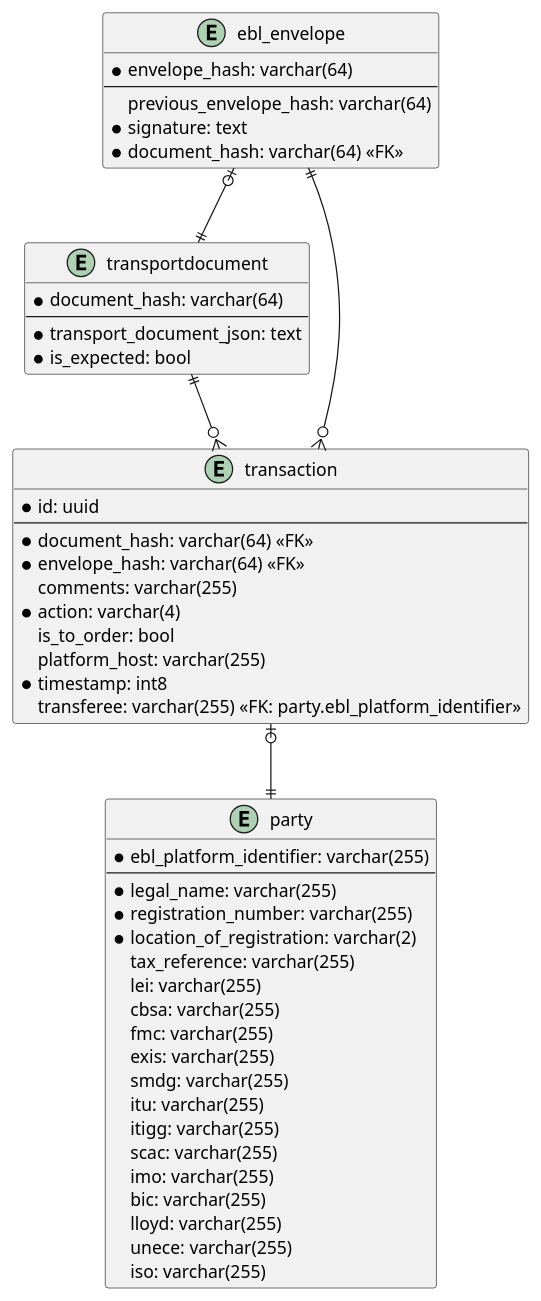
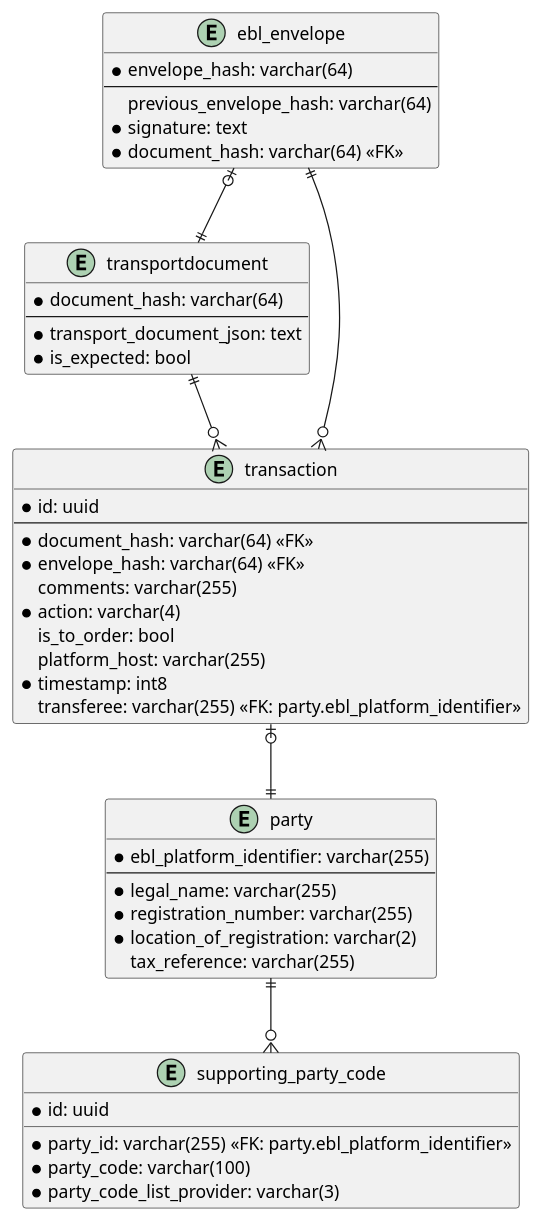
Before and after one commit to dcsaorg/DCSA-EBL-Envelope: the diagram in specifications/plantuml/datamodel.puml, drawn with PlantUML.

Commit message:
Revise datamodel.puml

```diff
--- a/specifications/plantuml/datamodel.puml
+++ b/specifications/plantuml/datamodel.puml
@@ -1,57 +1,52 @@
 @startuml
   entity transportdocument {
     *document_hash: varchar(64)
     --
     *transport_document_json: text
     *is_expected: bool
   }
 
   entity ebl_envelope {
     *envelope_hash: varchar(64)
     --
     previous_envelope_hash: varchar(64)
     *signature: text
     *document_hash: varchar(64) <<FK>>
   }
 
   entity transaction {
     *id: uuid
     --
     *document_hash: varchar(64) <<FK>>
     *envelope_hash: varchar(64) <<FK>>
     comments: varchar(255)
     *action: varchar(4)
     is_to_order: bool
     platform_host: varchar(255)
     *timestamp: int8
     transferee: varchar(255) <<FK: party.ebl_platform_identifier>>
   }
 
   entity party {
     *ebl_platform_identifier: varchar(255)
     --
     *legal_name: varchar(255)
     *registration_number: varchar(255)
     *location_of_registration: varchar(2)
     tax_reference: varchar(255)
-    lei: varchar(255)
-    cbsa: varchar(255)
-    fmc: varchar(255)
-    exis: varchar(255)
-    smdg: varchar(255)
-    itu: varchar(255)
-    itigg: varchar(255)
-    scac: varchar(255)
-    imo: varchar(255)
-    bic: varchar(255)
-    lloyd: varchar(255)
-    unece: varchar(255)
-    iso: varchar(255)
+  }
+
+  entity supporting_party_code {
+    *id: uuid
+    *party_id: varchar(255) <<FK: party.ebl_platform_identifier>>
+    *party_code: varchar(100)
+    *party_code_list_provider: varchar(3)
   }
 
   ' relations
   ebl_envelope ||--o{ transaction
   ebl_envelope |o--|| transportdocument
   transportdocument ||--o{ transaction
   transaction |o--|| party
+  party ||--o{ supporting_party_code
 @enduml
```
